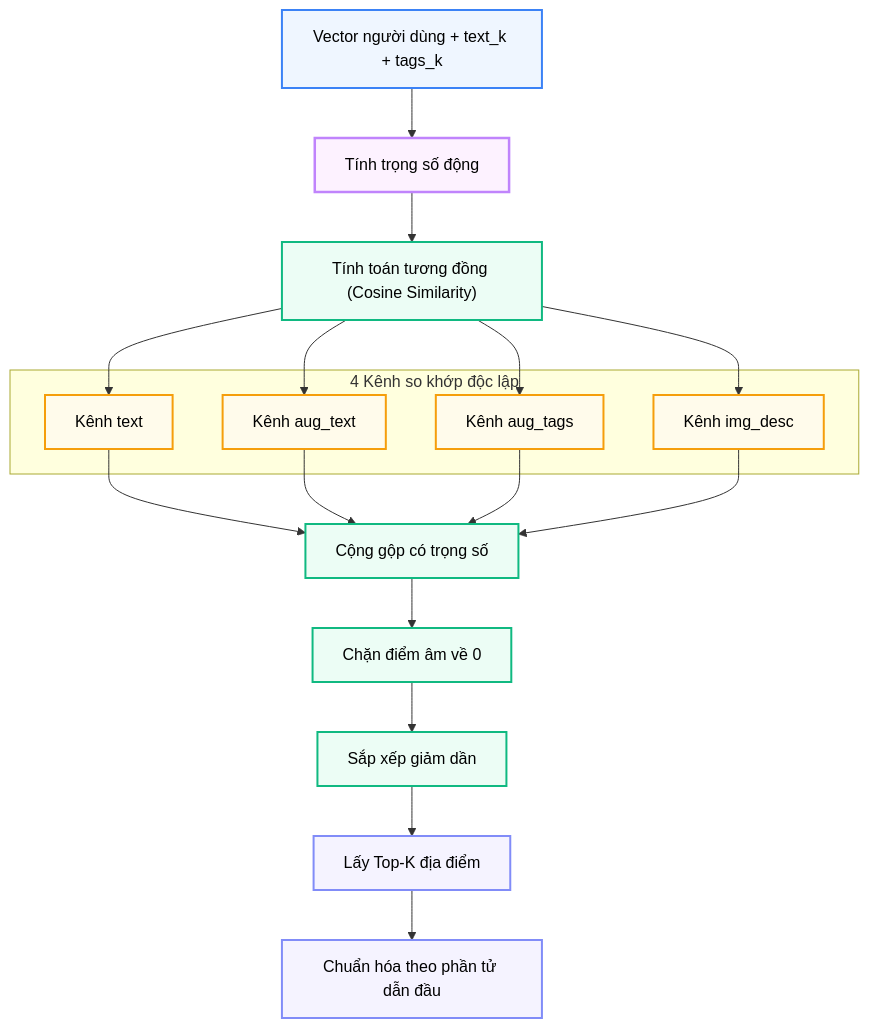
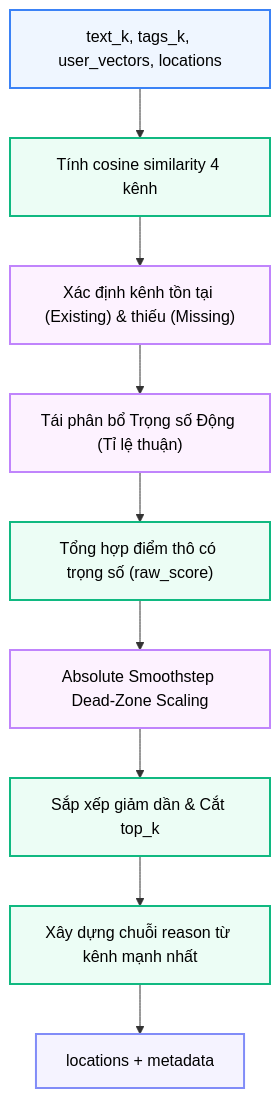
Before and after one commit to ltk6/travel-exp-planner: the diagram in docs/modules/n4_location_ranking.md, drawn with Mermaid. The commit also changed other lines of this file and 52 other files, not shown here.

````diff
--- a/docs/modules/n4_location_ranking.md
+++ b/docs/modules/n4_location_ranking.md
@@ -179,34 +143,17 @@
 ```mermaid
 %%{init: {'flowchart': {'useMaxWidth': false}}}%%
 graph TD
-    classDef client fill:#eff6ff,stroke:#3b82f6,stroke-width:2px,color:#000000;
-    classDef weight fill:#fdf2ff,stroke:#c084fc,stroke-width:2.5px,color:#000000;
+    classDef in fill:#eff6ff,stroke:#3b82f6,stroke-width:2px,color:#000000;
     classDef op fill:#ecfdf5,stroke:#10b981,stroke-width:2px,color:#000000;
-    classDef channel fill:#fffbeb,stroke:#f59e0b,stroke-width:2px,color:#000000;
+    classDef algo fill:#fdf2ff,stroke:#c084fc,stroke-width:2px,color:#000000;
     classDef out fill:#f5f3ff,stroke:#818cf8,stroke-width:2px,color:#000000;
-    
-    A["Vector người dùng + text_k + tags_k"]:::client --> B["Tính trọng số động"]:::weight
-    B --> C["Tính toán tương đồng (Cosine Similarity)"]:::op
-    
-    subgraph "4 Kênh so khớp độc lập"
-        C1["Kênh text"]:::channel
-        C2["Kênh aug_text"]:::channel
-        C3["Kênh aug_tags"]:::channel
-        C4["Kênh img_desc"]:::channel
-    end
-    
-    C --> C1
-    C --> C2
-    C --> C3
-    C --> C4
-    
-    C1 --> D["Cộng gộp có trọng số"]:::op
-    C2 --> D
-    C3 --> D
-    C4 --> D
-    
-    D --> E["Chặn điểm âm về 0"]:::op
-    E --> F["Sắp xếp giảm dần"]:::op
-    F --> G["Lấy Top-K địa điểm"]:::out
-    G --> H["Chuẩn hóa theo phần tử dẫn đầu"]:::out
+
+    A["text_k, tags_k, user_vectors, locations"]:::in --> B["Tính cosine similarity 4 kênh"]:::op
+    B --> C["Xác định kênh tồn tại (Existing) & thiếu (Missing)"]:::algo
+    C --> D["Tái phân bổ Trọng số Động (Tỉ lệ thuận)"]:::algo
+    D --> E["Tổng hợp điểm thô có trọng số (raw_score)"]:::op
+    E --> F["Absolute Smoothstep Dead-Zone Scaling"]:::algo
+    F --> G["Sắp xếp giảm dần & Cắt top_k"]:::op
+    G --> H["Xây dựng chuỗi reason từ kênh mạnh nhất"]:::op
+    H --> I["locations + metadata"]:::out
 ```
````
